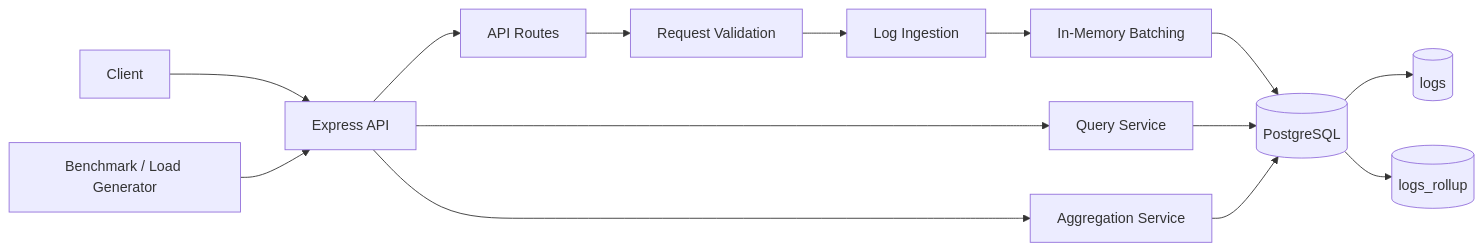
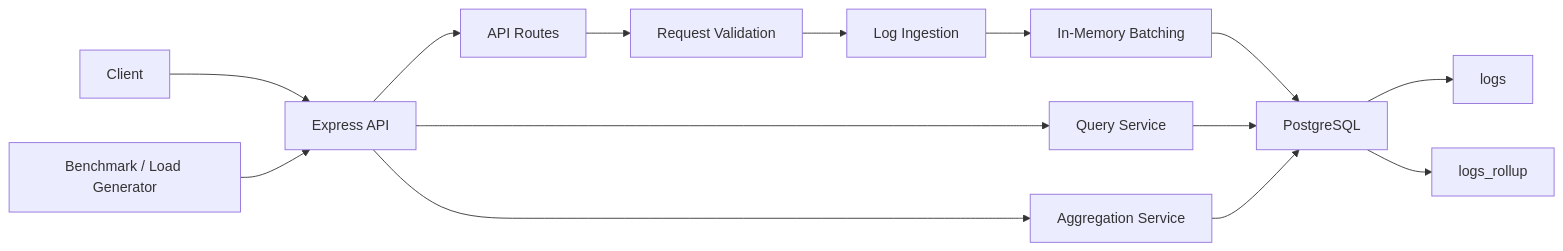
One commit to Mohammad-Sheikh-Qasem/Log-Ingestion-and-Query-Service-final-projects-FTS-internship changed the first of 6 diagrams in README.md. Above: the diagram before and after it, drawn with Mermaid.

Commit message:
update README file

````diff
--- a/README.md
+++ b/README.md
@@ -48,41 +48,40 @@
 ```mermaid
 flowchart LR
-
     Client["Client"]
     Benchmark["Benchmark / Load Generator"]
 
     API["Express API"]
 
     Routes["API Routes"]
     Validation["Request Validation"]
 
     Ingestion["Log Ingestion"]
     Batch["In-Memory Batching"]
 
     Query["Query Service"]
     Aggregate["Aggregation Service"]
 
-    DB[("PostgreSQL")]
+    DB["PostgreSQL"]
 
-    Logs[("logs")]
-    Rollups[("logs_rollup")]
+    Logs["logs"]
+    Rollups["logs_rollup"]
 
     Client --> API
     Benchmark --> API
 
     API --> Routes
     Routes --> Validation
 
     Validation --> Ingestion
     Ingestion --> Batch
     Batch --> DB
 
     API --> Query
     API --> Aggregate
 
     Query --> DB
     Aggregate --> DB
 
     DB --> Logs
     DB --> Rollups
 ```
````
